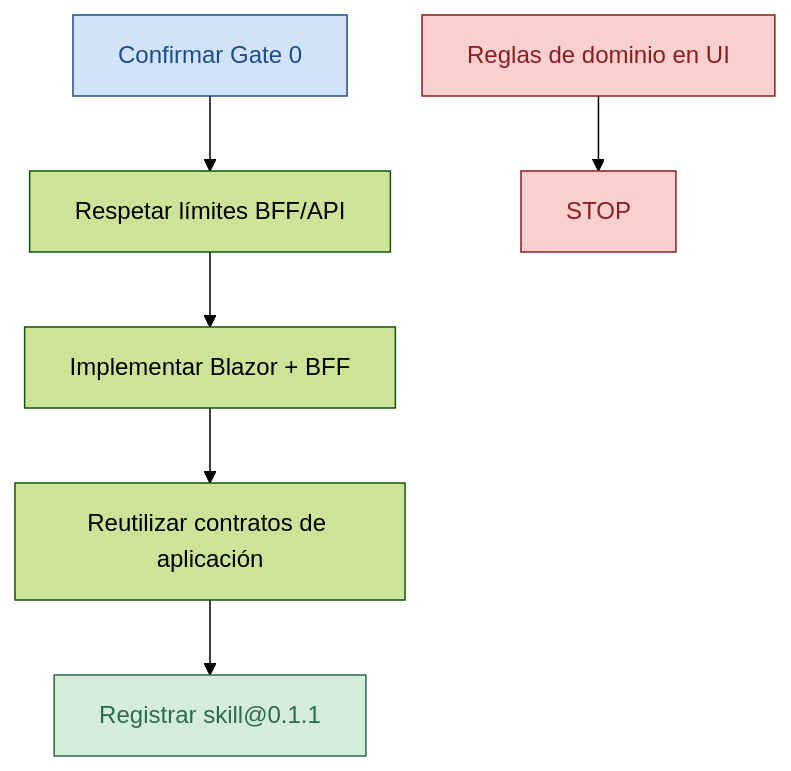
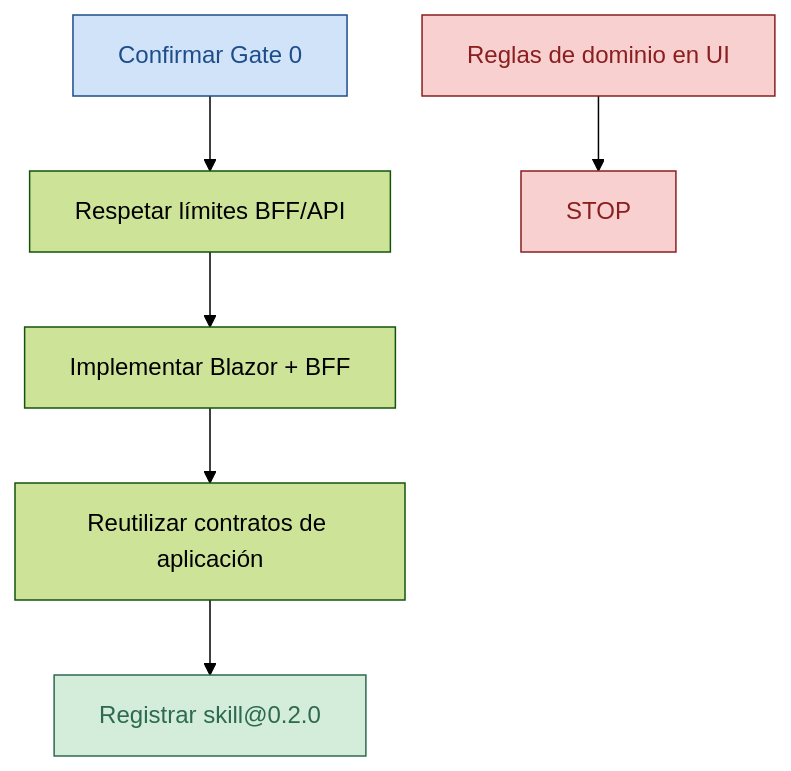
The diagram in skills/blazor-bff-slice/SKILL.md (Cyberdine-Systems-Corporation/sdaf-stack-dotnet), drawn with Mermaid (forest theme) before and after one commit. The commit also changed other lines of this file and 24 other files, not shown here.

````diff
--- a/skills/blazor-bff-slice/SKILL.md
+++ b/skills/blazor-bff-slice/SKILL.md
@@ -39,18 +39,18 @@
 ```mermaid
 flowchart TD
   g0[Confirmar Gate 0] --> adr[Respetar límites BFF/API]
   adr --> ui[Implementar Blazor + BFF]
   ui --> reuse[Reutilizar contratos de aplicación]
-  reuse --> wl[Registrar skill@0.1.1]
+  reuse --> wl[Registrar skill@0.2.0]
   domainUi[Reglas de dominio en UI] --> stop[STOP]
 
   classDef stop fill:#f8d0d0,stroke:#8b1e1e,color:#8b1e1e
   classDef ok fill:#d4edda,stroke:#2d6a4f,color:#2d6a4f
   classDef stub fill:#e9ecef,stroke:#6c757d,color:#6c757d
   classDef core fill:#d0e3f8,stroke:#1e4d8b,color:#1e4d8b
 
   class stop stop
   class wl ok
   class g0 core
   class domainUi stop
 ```
````
